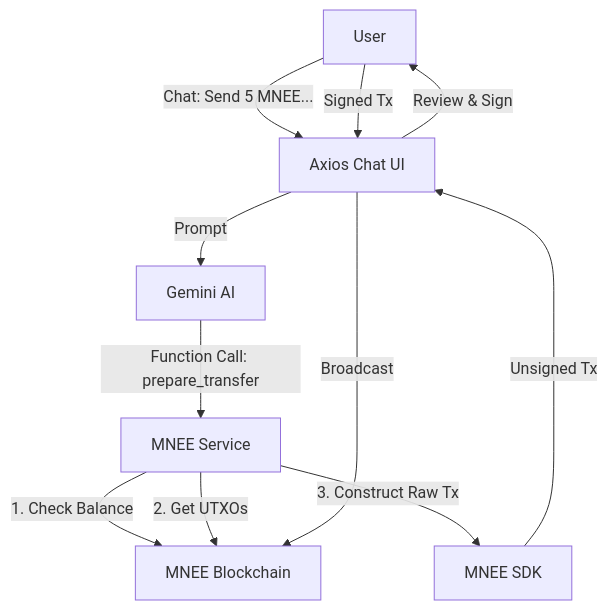
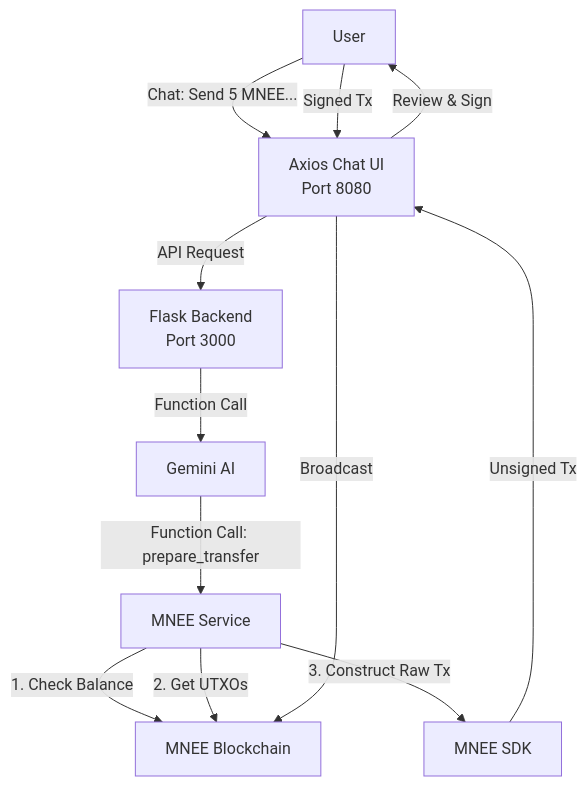
Before and after one commit to OkeyAmy/Axioschat: the diagram in README.md, drawn with Mermaid. The commit also changed other lines of this file, not shown here.

````diff
--- a/README.md
+++ b/README.md
@@ -38,13 +38,14 @@
 ```mermaid
 graph TD
-    User[User] -->|Chat: Send 5 MNEE...| UI[Axios Chat UI]
-    UI -->|Prompt| AI[Gemini AI]
+    User[User] -->|Chat: Send 5 MNEE...| UI[Axios Chat UI<br/>Port 8080]
+    UI -->|API Request| Backend[Flask Backend<br/>Port 3000]
+    Backend -->|Function Call| AI[Gemini AI]
     AI -->|Function Call: prepare_transfer| Service[MNEE Service]
     Service -->|1. Check Balance| Chain[MNEE Blockchain]
     Service -->|2. Get UTXOs| Chain
     Service -->|3. Construct Raw Tx| SDK[MNEE SDK]
     SDK -->|Unsigned Tx| UI
     UI -->|Review & Sign| User
     User -->|Signed Tx| UI
     UI -->|Broadcast| Chain
 ```
````
